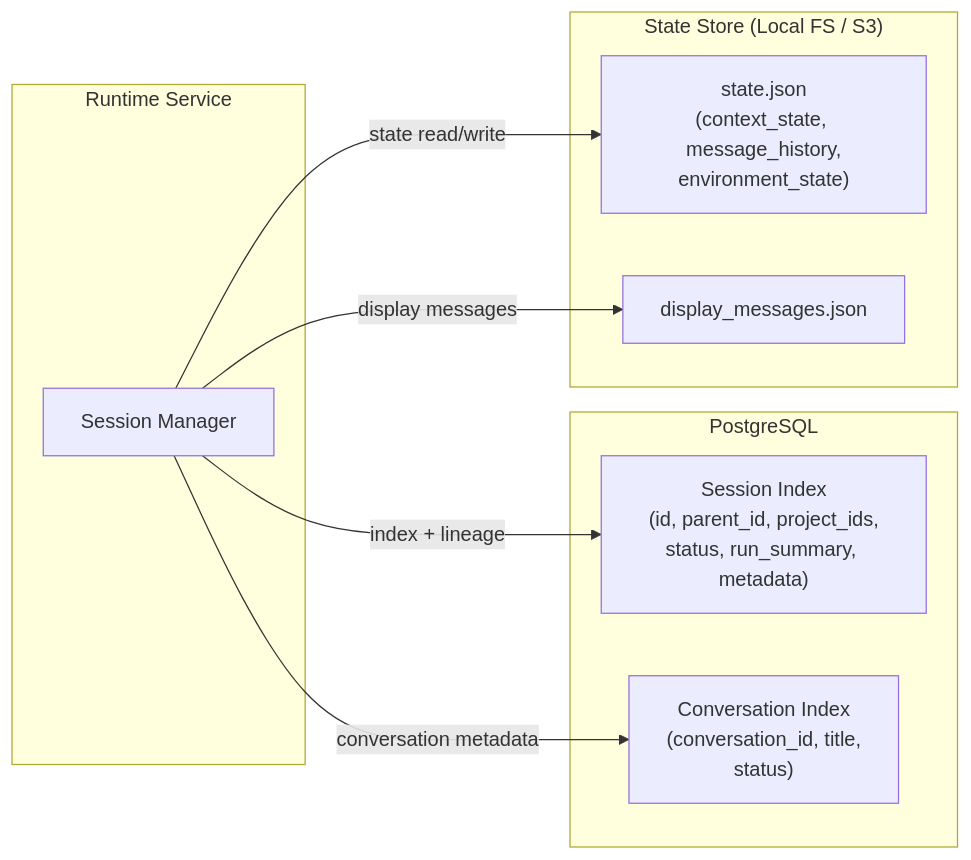
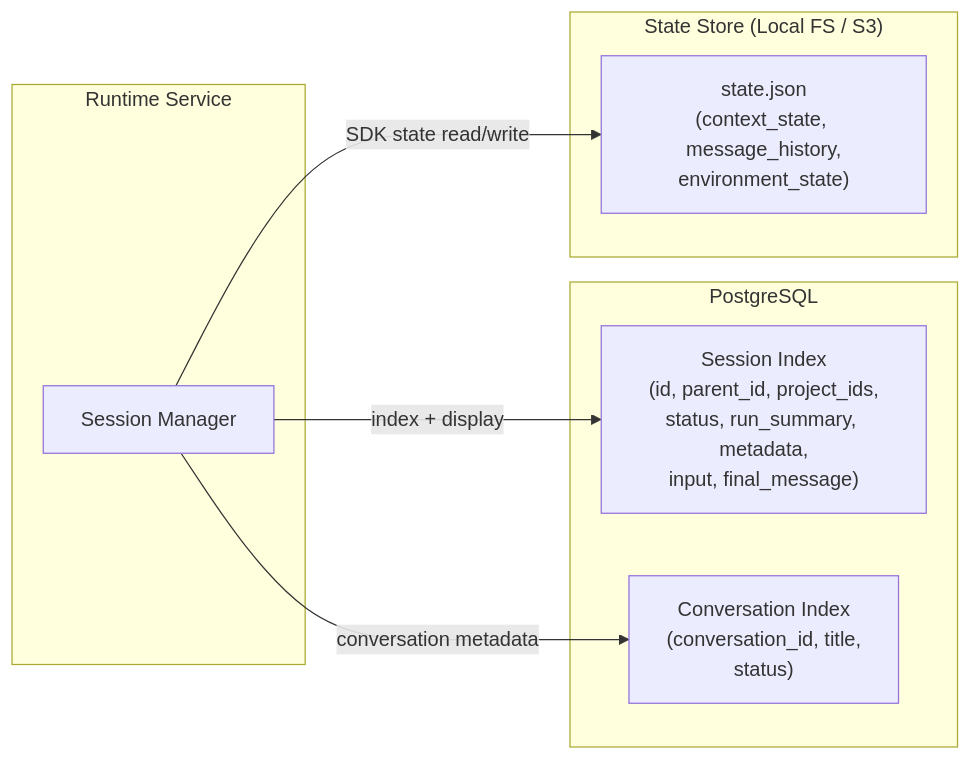
The fourth of 5 diagrams in spec/agent_runtime/01-session.md (Wh1isper/netherbrain), drawn with Mermaid before and after one commit. The commit also changed other lines of this file and 15 other files, not shown here.

First line of the commit message:
refactor: move session display data from blob store to PostgreSQL

````diff
--- a/spec/agent_runtime/01-session.md
+++ b/spec/agent_runtime/01-session.md
@@ -121,21 +149,19 @@
 ```mermaid
 flowchart LR
     subgraph RT["Runtime Service"]
         SM[Session Manager]
     end
 
     subgraph PG["PostgreSQL"]
-        IDX["Session Index<br/>(id, parent_id, project_ids,<br/>status, run_summary, metadata)"]
+        IDX["Session Index<br/>(id, parent_id, project_ids,<br/>status, run_summary, metadata,<br/>input, final_message)"]
         CONV["Conversation Index<br/>(conversation_id, title,<br/>status)"]
     end
 
     subgraph Store["State Store (Local FS / S3)"]
         STATE["state.json<br/>(context_state, message_history,<br/>environment_state)"]
-        DM["display_messages.json"]
     end
 
-    SM -->|"index + lineage"| IDX
+    SM -->|"index + display"| IDX
     SM -->|"conversation metadata"| CONV
-    SM -->|"state read/write"| STATE
-    SM -->|"display messages"| DM
+    SM -->|"SDK state read/write"| STATE
 ```
````
